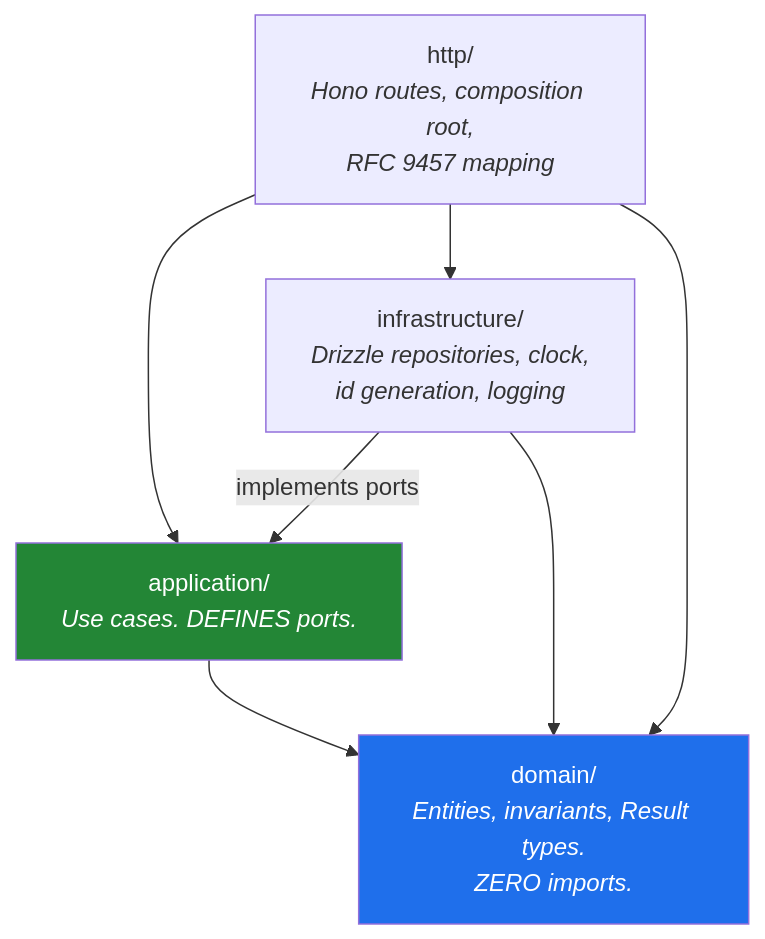
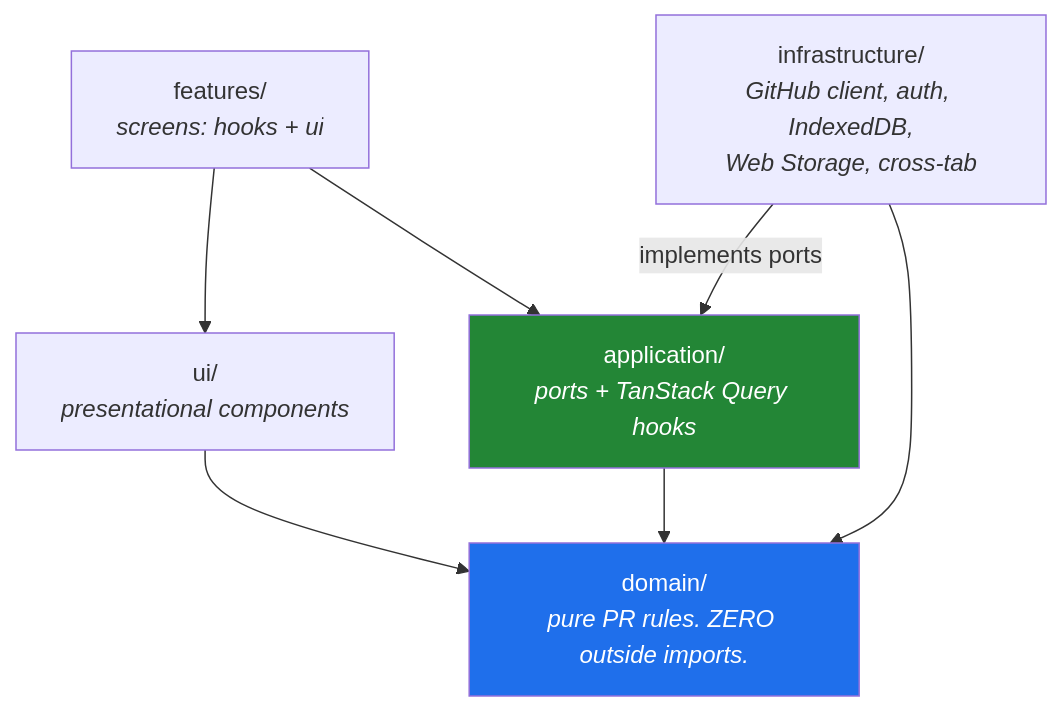
Before and after one commit to zzeebbii/github-dashboard: the second of 3 diagrams in docs/architecture/overview.md, drawn with Mermaid. The commit also changed other lines of this file and 20 other files, not shown here.

````diff
--- a/docs/architecture/overview.md
+++ b/docs/architecture/overview.md
@@ -45,17 +42,18 @@
 ```mermaid
 flowchart TD
-    HTTP["http/<br/><i>Hono routes, composition root,<br/>RFC 9457 mapping</i>"]
-    INFRA["infrastructure/<br/><i>Drizzle repositories, clock,<br/>id generation, logging</i>"]
-    APP["application/<br/><i>Use cases. DEFINES ports.</i>"]
-    DOMAIN["domain/<br/><i>Entities, invariants, Result types.<br/>ZERO imports.</i>"]
+    FEAT["features/<br/><i>screens: hooks + ui</i>"]
+    UI["ui/<br/><i>presentational components</i>"]
+    APP["application/<br/><i>ports + TanStack Query hooks</i>"]
+    INFRA["infrastructure/<br/><i>GitHub client, auth, IndexedDB,<br/>Web Storage, cross-tab</i>"]
+    DOMAIN["domain/<br/><i>pure PR rules. ZERO outside imports.</i>"]
 
-    HTTP --> APP
-    HTTP --> INFRA
-    HTTP --> DOMAIN
+    FEAT --> UI
+    FEAT --> APP
+    UI --> DOMAIN
+    APP --> DOMAIN
     INFRA -->|implements ports| APP
     INFRA --> DOMAIN
-    APP --> DOMAIN
 
     style DOMAIN fill:#1f6feb,color:#fff
     style APP fill:#238636,color:#fff
 ```
````
